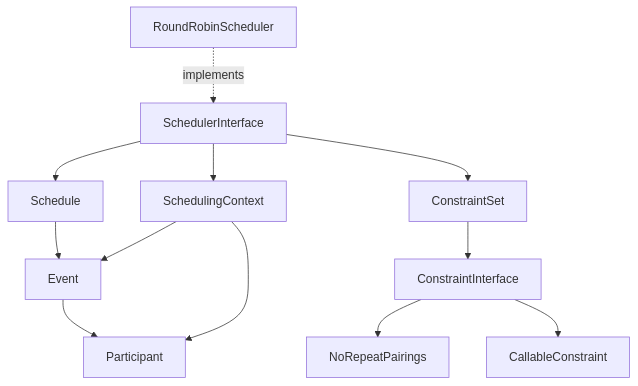
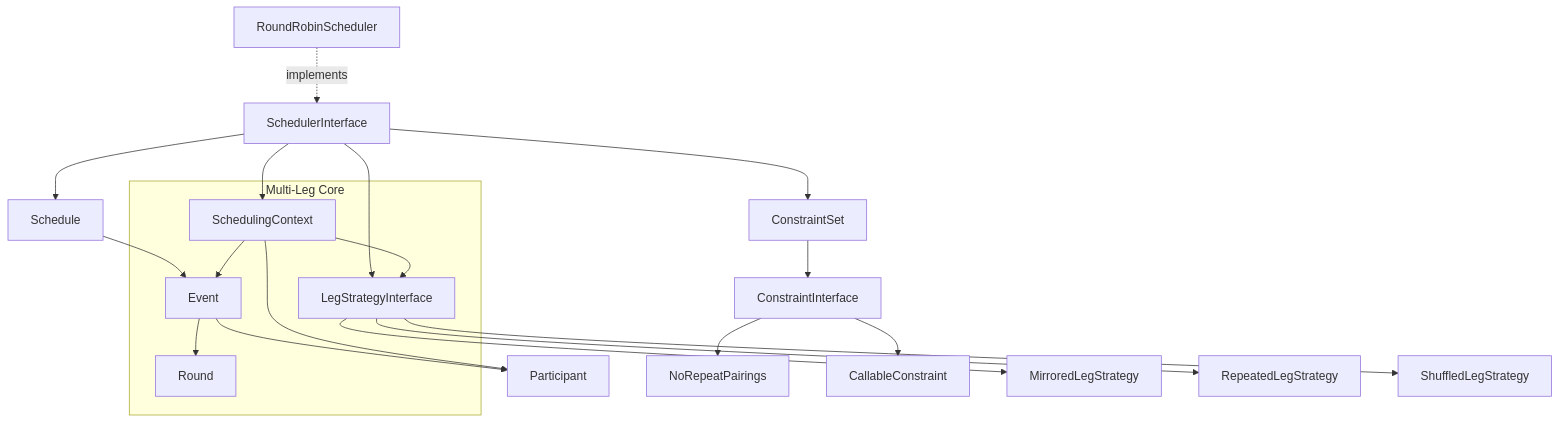
The diagram in memory-bank/systemPatterns.md (mission-gaming/tactician), drawn with Mermaid before and after one commit. The commit also changed other lines of this file and 3 other files, not shown here.

````diff
--- a/memory-bank/systemPatterns.md
+++ b/memory-bank/systemPatterns.md
@@ -102,18 +118,32 @@
 ```mermaid
 graph TD
     Scheduler[SchedulerInterface] --> Context[SchedulingContext]
     Scheduler --> ConstraintSet[ConstraintSet]
     Scheduler --> Schedule[Schedule]
+    Scheduler --> LegStrategy[LegStrategyInterface]
     
     Schedule --> Event[Event]
     Event --> Participant[Participant]
+    Event --> Round[Round]
     
     ConstraintSet --> ConstraintInterface[ConstraintInterface]
     ConstraintInterface --> NoRepeatPairings[NoRepeatPairings]
     ConstraintInterface --> CallableConstraint[CallableConstraint]
     
     Context --> Participant
     Context --> Event
+    Context --> LegStrategy
+    
+    LegStrategy --> MirroredLeg[MirroredLegStrategy]
+    LegStrategy --> RepeatedLeg[RepeatedLegStrategy]
+    LegStrategy --> ShuffledLeg[ShuffledLegStrategy]
     
     RoundRobin[RoundRobinScheduler] -.implements.-> Scheduler
+    
+    subgraph "Multi-Leg Core"
+        Context
+        LegStrategy
+        Event
+        Round
+    end
 ```
````
